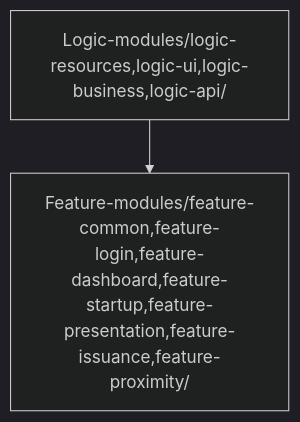
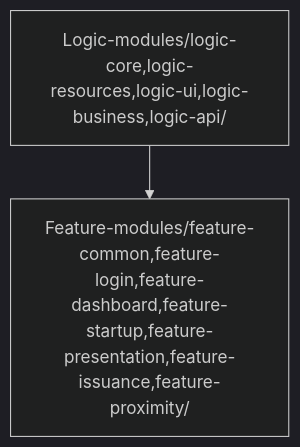
One commit to eu-digital-identity-wallet/eudi-app-ios-wallet-ui changed the diagram in README.md. Above: the diagram before and after it, drawn with Mermaid (dark theme). The commit also changed other lines of this file, not shown here.

````diff
--- a/README.md
+++ b/README.md
@@ -211,4 +213,4 @@
 ```mermaid
 graph TD;
-    Logic-modules/logic-resources,logic-ui,logic-business,logic-api/-->Feature-modules/feature-common,feature-login,feature-dashboard,feature-startup,feature-presentation,feature-issuance,feature-proximity/;
+    Logic-modules/logic-core,logic-resources,logic-ui,logic-business,logic-api/-->Feature-modules/feature-common,feature-login,feature-dashboard,feature-startup,feature-presentation,feature-issuance,feature-proximity/;
 ```
````
